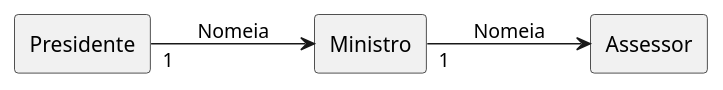
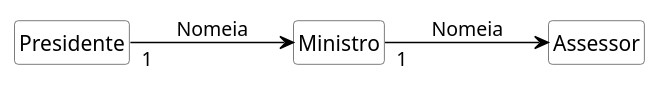
One commit to kyriosdata/oo changed the diagram in imagens/modelos-07/mod07ima23/mod07ima23.plantuml. Above: the diagram before and after it, drawn with PlantUML. The commit also changed 10 other files, not shown here.

```diff
--- a/imagens/modelos-07/mod07ima23/mod07ima23.plantuml
+++ b/imagens/modelos-07/mod07ima23/mod07ima23.plantuml
@@ -1,8 +1,18 @@
 @startuml mod07ima23
-rectangle "Presidente" as pr
-rectangle "Ministro" as mi
-rectangle "Assessor" as ass
+hide circle
+hide methods
+hide empty members
+
+skinparam class {
+    BackgroundColor White
+    ArrowColor Black
+    BorderColor #505050
+}
+
+class "Presidente" as pr
+class "Ministro" as mi
+class "Assessor" as ass
 left to right direction
 pr "1"--> mi : Nomeia
 mi "1"--> ass : Nomeia
 @enduml
```
